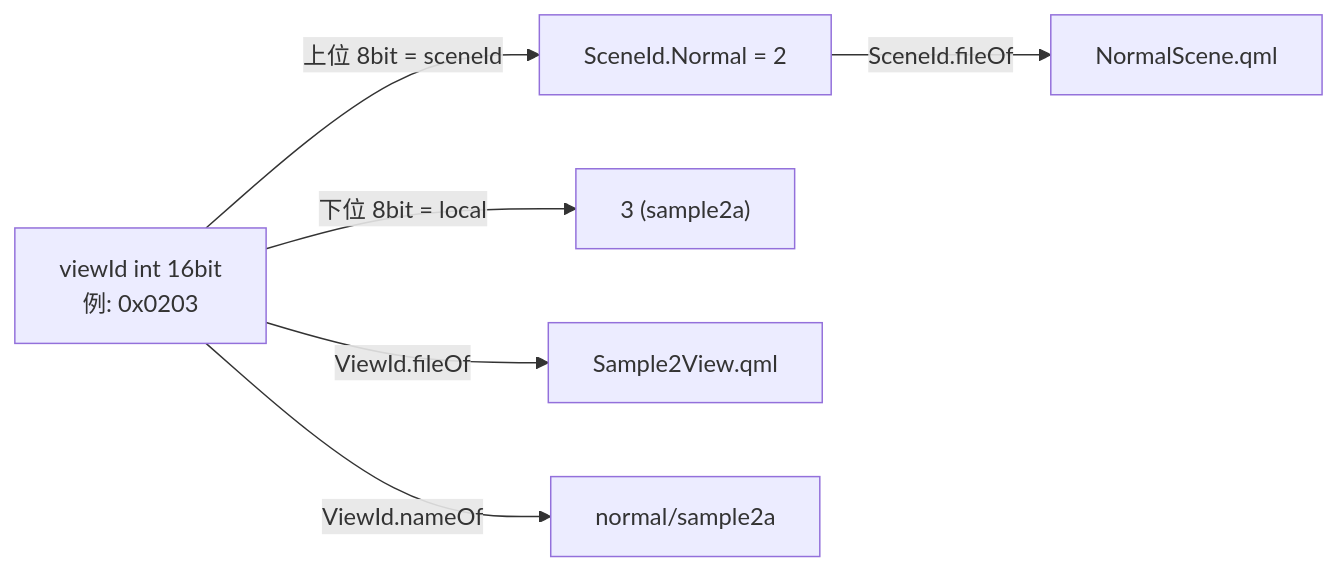
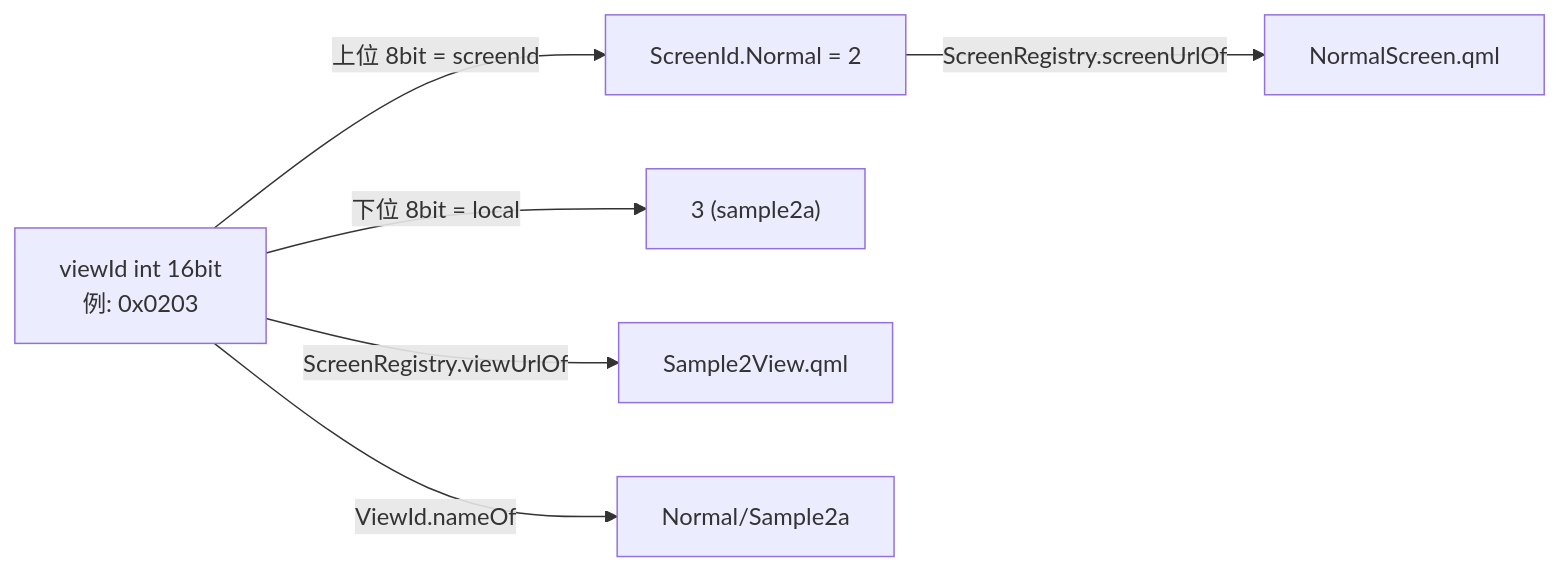
Diagram 11 of 11 in docs/flows.md (yuya-kadono/qul-loader-navigation-poc), drawn with Mermaid before and after one commit. The commit also changed other lines of this file and 40 other files, not shown here.

````diff
--- a/docs/flows.md
+++ b/docs/flows.md
@@ -353,9 +360,9 @@
 ```mermaid
 flowchart LR
     Hex["viewId int 16bit<br>例: 0x0203"]
-    Hex -->|"上位 8bit = sceneId"| Sid["SceneId.Normal = 2"]
+    Hex -->|"上位 8bit = screenId"| Sid["ScreenId.Normal = 2"]
     Hex -->|"下位 8bit = local"| LocalId["3 (sample2a)"]
-    Sid -->|"SceneId.fileOf"| SceneFile["NormalScene.qml"]
-    Hex -->|"ViewId.fileOf"| ViewFile["Sample2View.qml"]
-    Hex -->|"ViewId.nameOf"| Name["normal/sample2a"]
+    Sid -->|"ScreenRegistry.screenUrlOf"| ScreenFile["NormalScreen.qml"]
+    Hex -->|"ScreenRegistry.viewUrlOf"| ViewFile["Sample2View.qml"]
+    Hex -->|"ViewId.nameOf"| Name["Normal/Sample2a"]
 ```
````
